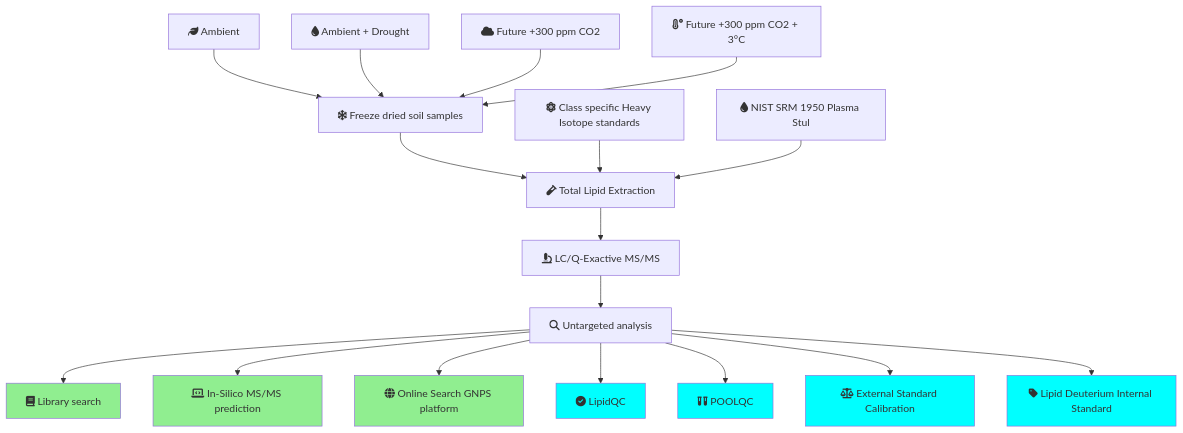
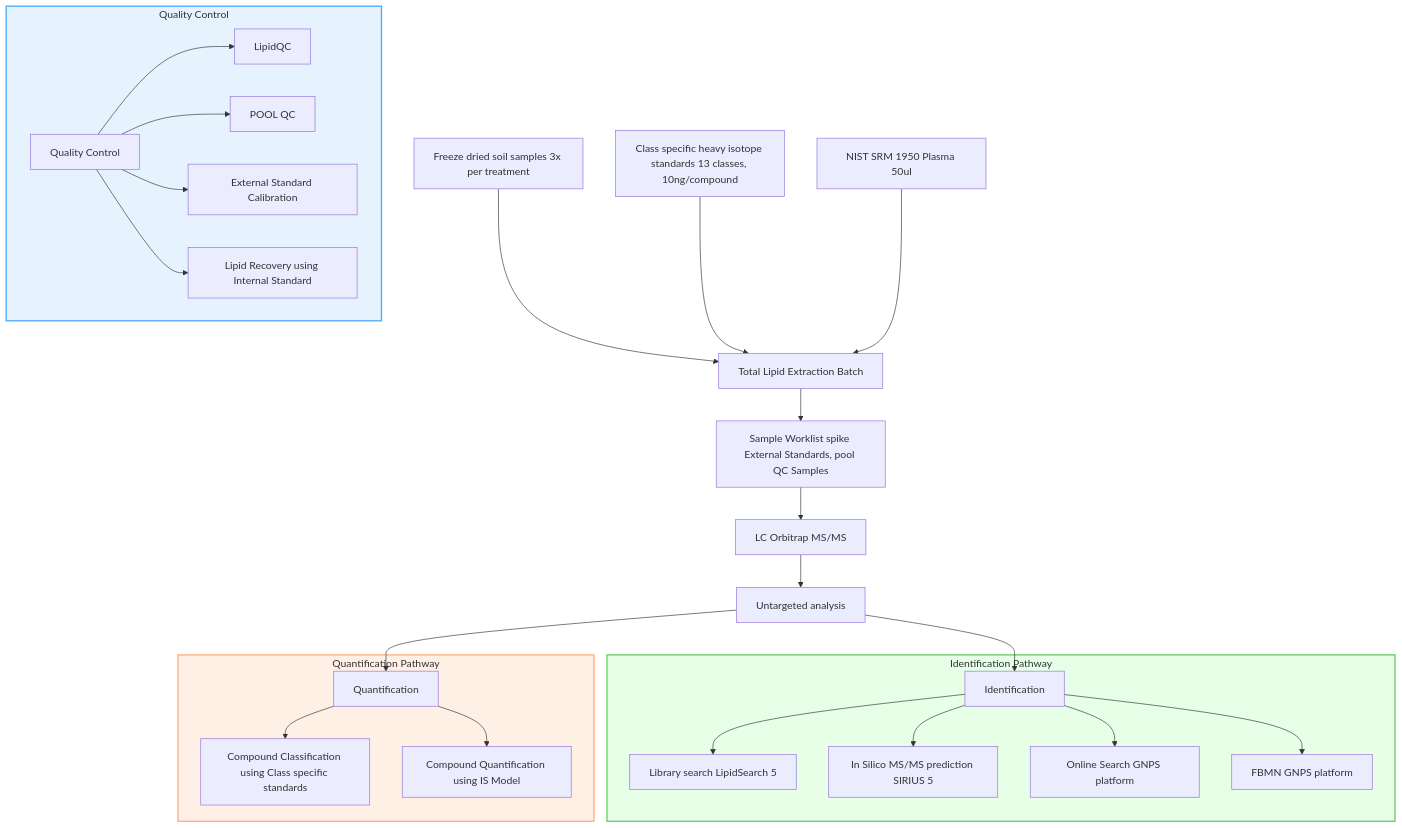
The diagram in README.md (Samratacad/Soil_Lipidomics), drawn with Mermaid before and after one commit. The commit also changed other lines of this file, not shown here.

````diff
--- a/README.md
+++ b/README.md
@@ -5,62 +7,44 @@
 ```mermaid
 graph TD
-    A["fa:fa-leaf Ambient"]
-    click A "ambient.md" "View details about Ambient conditions"
-    B["fa:fa-tint Ambient + Drought"]
-    click B "ambient-drought.md" "View details about Ambient + Drought conditions"
-    C["fa:fa-cloud Future +300 ppm CO2"]
-    click C "future-co2.md" "View details about Future +300 ppm CO2 conditions"
-    D["fa:fa-temperature-high Future +300 ppm CO2 + 3°C"]
-    click D "future-co2-temp.md" "View details about Future +300 ppm CO2 + 3°C conditions"
-    E["fa:fa-snowflake Freeze dried soil samples"]
-    click E "freeze-dried-samples.md" "View details about Freeze dried soil samples"
-    F["fa:fa-vial Total Lipid Extraction"]
-    click F "lipid-extraction.md" "View details about Total Lipid Extraction"
-    G["fa:fa-atom Class specific Heavy Isotope standards"]
-    click G "isotope-standards.md" "View details about Class specific Heavy Isotope standards"
-    H["fa:fa-tint NIST SRM 1950 Plasma Stul"]
-    click H "nist-srm-1950.md" "View details about NIST SRM 1950 Plasma Stul"
-    I["fa:fa-microscope LC/Q-Exactive MS/MS"]
-    click I "lc-ms-ms.md" "View details about LC/Q-Exactive MS/MS"
-    J["fa:fa-search Untargeted analysis"]
-    click J "untargeted-analysis.md" "View details about Untargeted analysis"
-    K["fa:fa-book Library search"]
-    click K "library-search.md" "View details about Library search"
-    L["fa:fa-laptop-code In-Silico MS/MS prediction"]
-    click L "in-silico-prediction.md" "View details about In-Silico MS/MS prediction"
-    M["fa:fa-globe Online Search GNPS platform"]
-    click M "gnps-search.md" "View details about Online Search GNPS platform"
-    N["fa:fa-check-circle LipidQC"]
-    click N "lipid-qc.md" "View details about LipidQC"
-    O["fa:fa-vials POOLQC"]
-    click O "pool-qc.md" "View details about POOLQC"
-    P["fa:fa-balance-scale External Standard Calibration"]
-    click P "external-calibration.md" "View details about External Standard Calibration"
-    Q["fa:fa-tag Lipid Deuterium Internal Standard"]
-    click Q "internal-standard.md" "View details about Lipid Deuterium Internal Standard"
+    A[Freeze dried soil samples 3x per treatment] --> C[Total Lipid Extraction Batch]
+    B[Class specific heavy isotope standards 13 classes, 10ng/compound] --> C
+    D[NIST SRM 1950 Plasma 50ul] --> C
+    C --> E[Sample Worklist spike External Standards, pool QC Samples]
+    E --> F[LC Orbitrap MS/MS]
+    F --> G[Untargeted analysis]
+    G --> H[Identification]
+    G --> I[Quantification]
 
-    A --> E
-    B --> E
-    C --> E
-    D --> E
-    E --> F
-    G --> F
-    H --> F
-    F --> I
-    I --> J
-    J --> K
-    J --> L
-    J --> M
-    J --> N
-    J --> O
-    J --> P
-    J --> Q
+    subgraph QC [Quality Control]
+        style QC fill:#e6f3ff,stroke:#4da6ff,stroke-width:2px
+        J[Quality Control]
+        J --> L1[LipidQC]
+        click L1 "#lipidqc"
+        J --> L2[POOL QC]
+        click L2 "#pool-qc"
+        J --> L3[External Standard Calibration]
+        click L3 "#external-standard-calibration"
+        J --> L4[Lipid Recovery using Internal Standard]
+        click L4 "#lipid-recovery-using-internal-standard"
+    end
 
-    style K fill:#90EE90
-    style L fill:#90EE90
-    style M fill:#90EE90
-    style N fill:#00FFFF
-    style O fill:#00FFFF
-    style P fill:#00FFFF
-    style Q fill:#00FFFF
+    subgraph ID [Identification Pathway]
+        style ID fill:#e6ffe6,stroke:#66cc66,stroke-width:2px
+        H --> M1[Library search LipidSearch 5]
+        click M1 "#library-search-lipidsearch-5"
+        H --> M2[In Silico MS/MS prediction SIRIUS 5]
+        click M2 "#in-silico-msms-prediction-sirius-5"
+        H --> M3[Online Search GNPS platform]
+        click M3 "#online-search-gnps-platform"
+        H --> M4[FBMN GNPS platform]
+        click M4 "#fbmn-gnps-platform"
+    end
+
+    subgraph QUANT [Quantification Pathway]
+        style QUANT fill:#fff0e6,stroke:#ffaa80,stroke-width:2px
+        I --> K1[Compound Classification using Class specific standards]
+        click K1 "#compound-classification-using-class-specific-standards"
+        I --> K2[Compound Quantification using IS Model]
+        click K2 "#compound-quantification-using-is-model"
+    end
 ```
````
